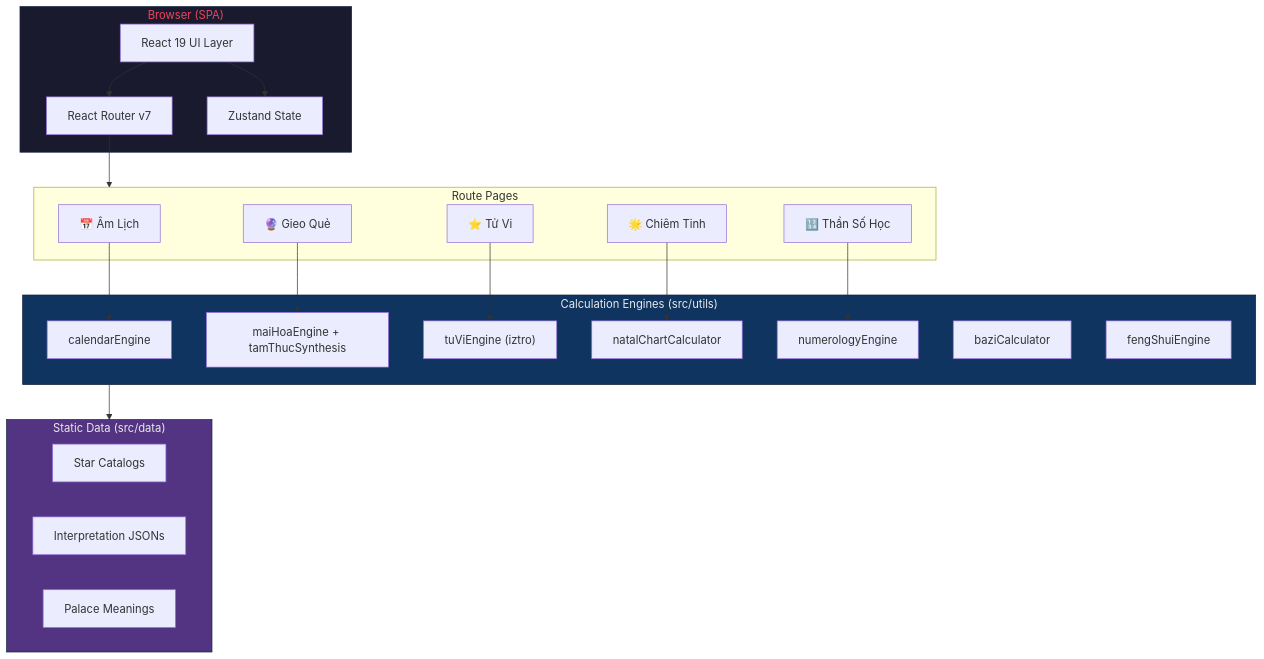
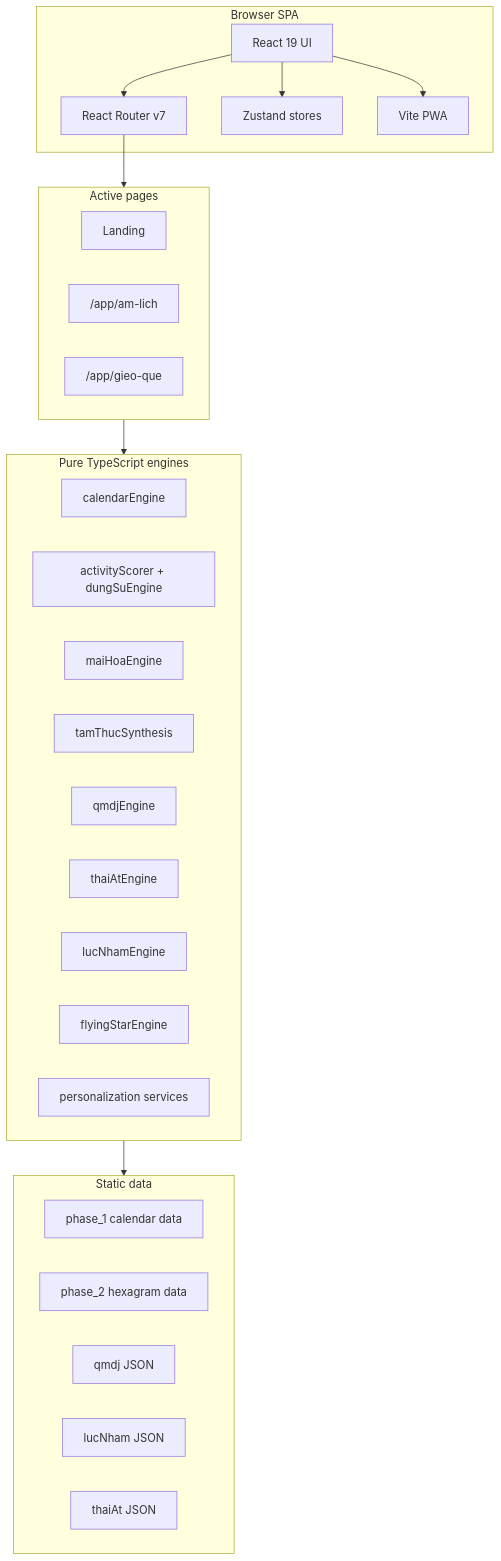
The diagram in README.md (jakessteve/lich-viet), drawn with Mermaid before and after one commit. The commit also changed other lines of this file and 6 other files, not shown here.

````diff
--- a/README.md
+++ b/README.md
@@ -9,45 +22,41 @@
 ```mermaid
 graph TB
-    subgraph Client["Browser (SPA)"]
-        UI["React 19 UI Layer"]
+    subgraph Browser["Browser SPA"]
+        UI["React 19 UI"]
         Router["React Router v7"]
-        Store["Zustand State"]
+        Store["Zustand stores"]
+        PWA["Vite PWA"]
     end
 
-    subgraph Pages["Route Pages"]
-        P1["📅 Âm Lịch"]
-        P2["🔮 Gieo Quẻ"]
-        P3["⭐ Tử Vi"]
-        P4["🌟 Chiêm Tinh"]
-        P5["🔢 Thần Số Học"]
+    subgraph Pages["Active pages"]
+        Landing["Landing"]
+        AmLich["/app/am-lich"]
+        GieoQue["/app/gieo-que"]
     end
 
-    subgraph Engines["Calculation Engines (src/utils)"]
-        E1["calendarEngine"]
-        E2["maiHoaEngine + tamThucSynthesis"]
-        E3["tuViEngine (iztro)"]
-        E4["natalChartCalculator"]
-        E5["numerologyEngine"]
-        E6["baziCalculator"]
-        E7["fengShuiEngine"]
+    subgraph Engines["Pure TypeScript engines"]
+        Calendar["calendarEngine"]
+        DungSu["activityScorer + dungSuEngine"]
+        MaiHoa["maiHoaEngine"]
+        TamThuc["tamThucSynthesis"]
+        QMDJ["qmdjEngine"]
+        ThaiAt["thaiAtEngine"]
+        LucNham["lucNhamEngine"]
+        FlyingStar["flyingStarEngine"]
+        Personal["personalization services"]
     end
 
-    subgraph Data["Static Data (src/data)"]
-        D1["Star Catalogs"]
-        D2["Interpretation JSONs"]
-        D3["Palace Meanings"]
+    subgraph Data["Static data"]
+        Phase1["phase_1 calendar data"]
+        Phase2["phase_2 hexagram data"]
+        QmdjData["qmdj JSON"]
+        LucNhamData["lucNham JSON"]
+        ThaiAtData["thaiAt JSON"]
     end
 
     UI --> Router --> Pages
     UI --> Store
-    P1 --> E1
-    P2 --> E2
-    P3 --> E3
-    P4 --> E4
-    P5 --> E5
+    UI --> PWA
+    Pages --> Engines
     Engines --> Data
-
-    style Client fill:#1a1a2e,stroke:#16213e,color:#e94560
-    style Engines fill:#0f3460,stroke:#16213e,color:#e9e9e9
-    style Data fill:#533483,stroke:#16213e,color:#e9e9e9
 ```
````
